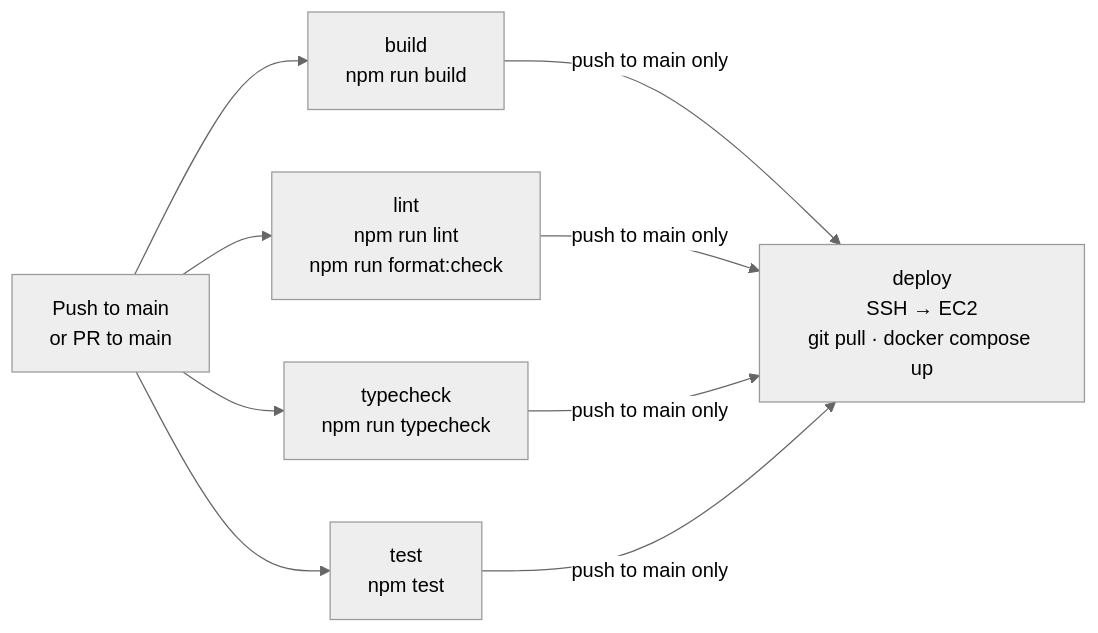
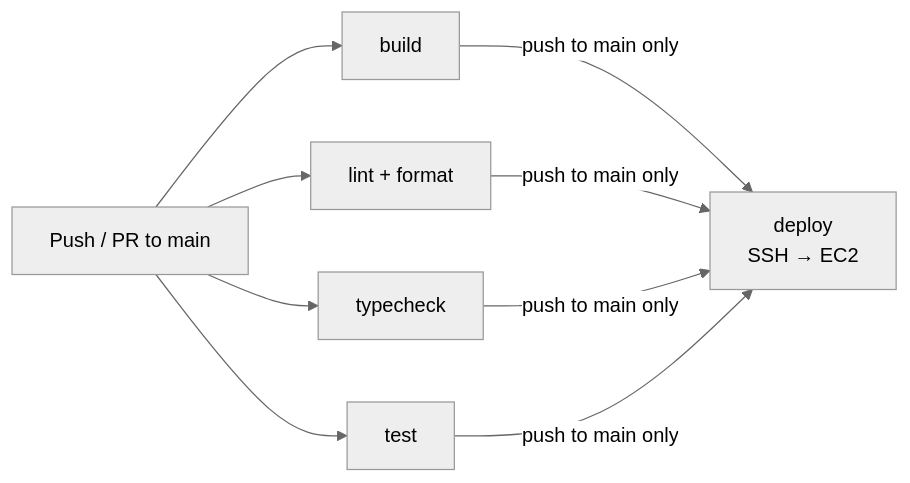
Before and after one commit to GenesisEducationKyiv/software-engineering-school-6-0-Hradivnyk: the fourth of 4 diagrams in docs/system-design.md, drawn with Mermaid (neutral theme). The commit also changed other lines of this file and 4 other files, not shown here.

````diff
--- a/docs/system-design.md
+++ b/docs/system-design.md
@@ -855,9 +326,9 @@
 ```mermaid
 flowchart LR
-    Trigger["Push to main\nor PR to main"]
-    Trigger --> Build["build\nnpm run build"]
-    Trigger --> Lint["lint\nnpm run lint\nnpm run format:check"]
-    Trigger --> Typecheck["typecheck\nnpm run typecheck"]
-    Trigger --> Test["test\nnpm test"]
-    Build & Lint & Typecheck & Test -->|"push to main only"| Deploy["deploy\nSSH → EC2\ngit pull · docker compose up"]
+    Trigger["Push / PR to main"]
+    Trigger --> Build["build"]
+    Trigger --> Lint["lint + format"]
+    Trigger --> Typecheck["typecheck"]
+    Trigger --> Test["test"]
+    Build & Lint & Typecheck & Test -->|push to main only| Deploy["deploy\nSSH → EC2"]
 ```
````
